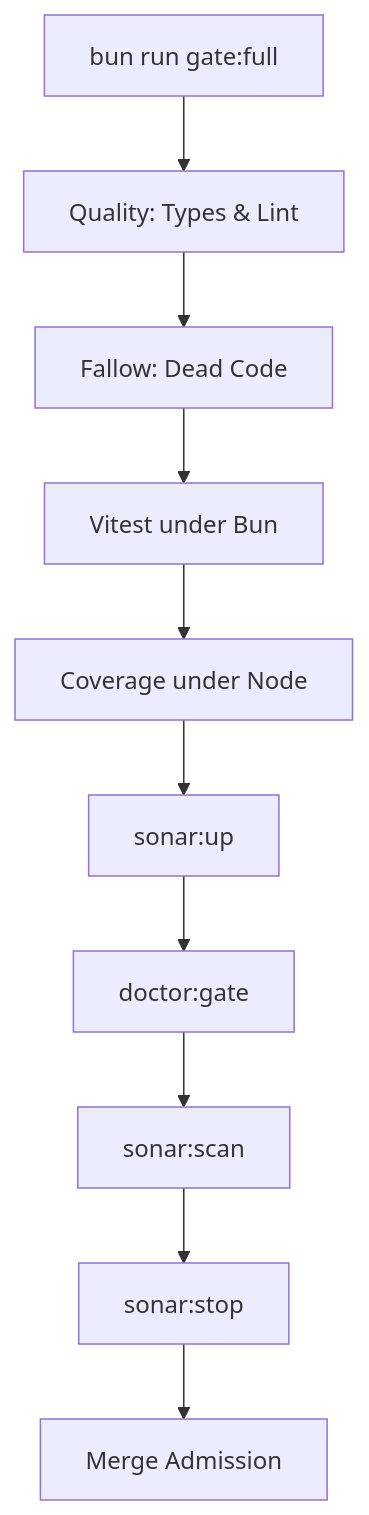
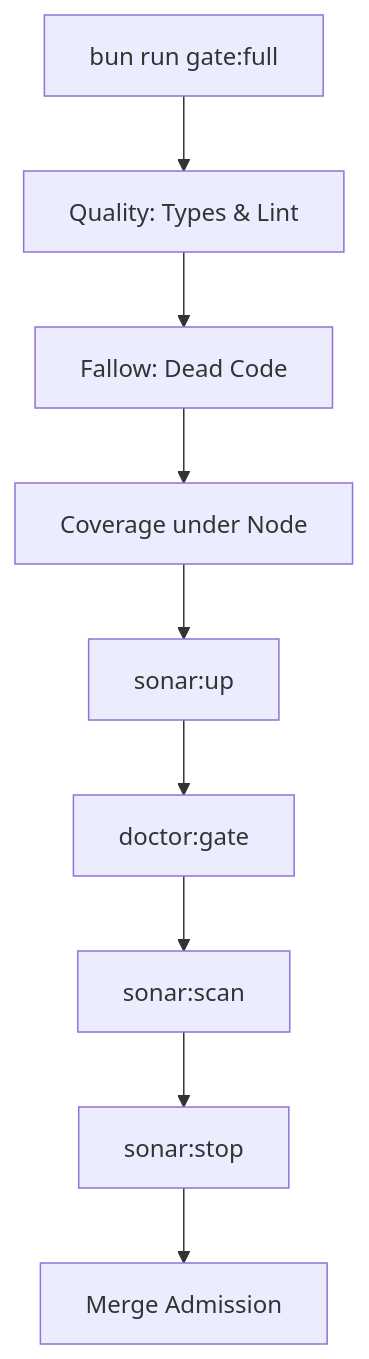
One commit to immagiov4/Nous changed the first of 2 diagrams in .cubic/wiki/09-section-tools/02-p-testing-quality.md. Above: the diagram before and after it, drawn with Mermaid. The commit also changed other lines of this file and 17 other files, not shown here.

````diff
--- a/.cubic/wiki/09-section-tools/02-p-testing-quality.md
+++ b/.cubic/wiki/09-section-tools/02-p-testing-quality.md
@@ -45,12 +45,11 @@
 ```mermaid
 flowchart TD
     Start[bun run gate:full] --> Q[Quality: Types & Lint]
     Q --> F[Fallow: Dead Code]
-    F --> T[Vitest under Bun]
-    T --> Cov[Coverage under Node]
+    F --> Cov[Coverage under Node]
     Cov --> Up[sonar:up]
     Up --> Preflight[doctor:gate]
     Preflight --> Sonar[sonar:scan]
     Sonar --> Stop[sonar:stop]
     Stop --> End[Merge Admission]
 ```
````
